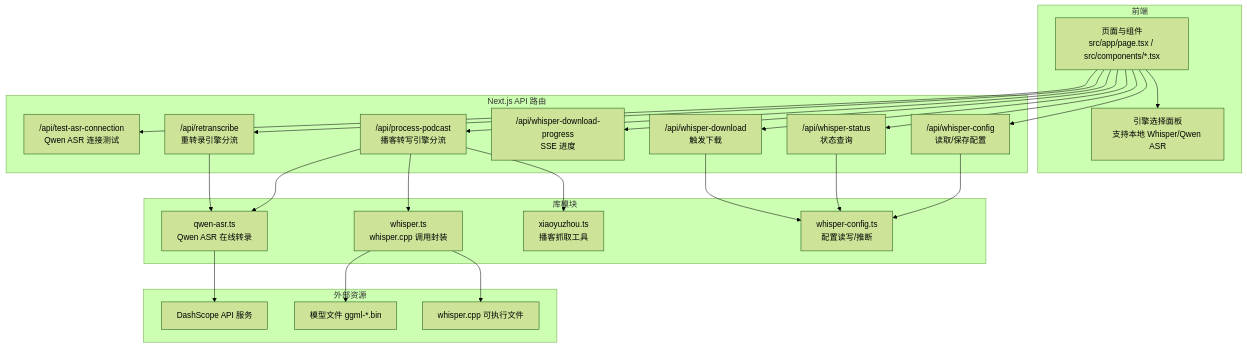
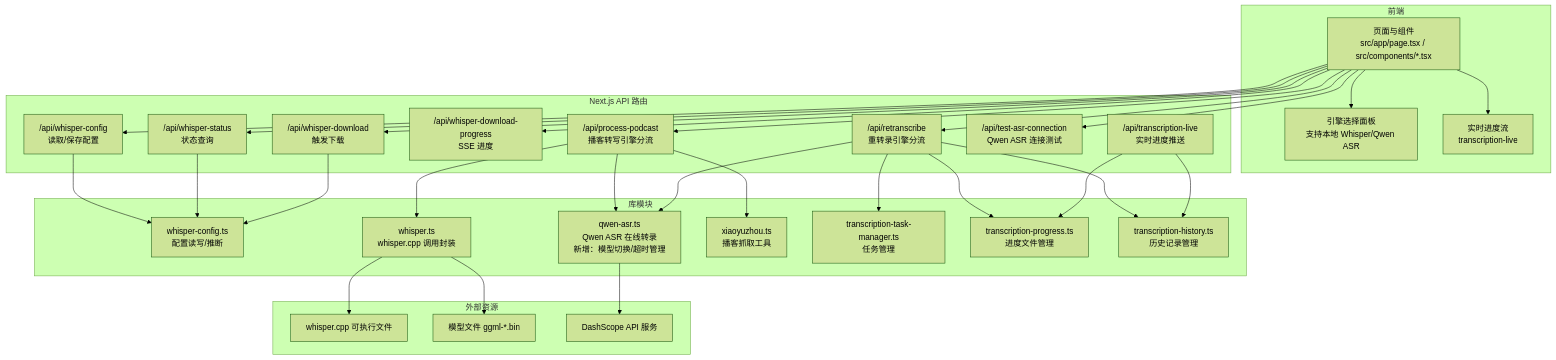
One commit to clawbotai/memo-flow changed the first of 12 diagrams in .qoder/repowiki/zh/content/核心功能模块/语音识别引擎.md. Above: the diagram before and after it, drawn with Mermaid (forest theme). The commit also changed other lines of this file and 18 other files, not shown here.

````diff
--- a/.qoder/repowiki/zh/content/核心功能模块/语音识别引擎.md
+++ b/.qoder/repowiki/zh/content/核心功能模块/语音识别引擎.md
@@ -46,45 +63,56 @@
 ```mermaid
 graph TB
 subgraph "前端"
 UI["页面与组件<br/>src/app/page.tsx / src/components/*.tsx"]
 ENDP["引擎选择面板<br/>支持本地 Whisper/Qwen ASR"]
+LIVE["实时进度流<br/>transcription-live"]
 end
 subgraph "Next.js API 路由"
 CFG["/api/whisper-config<br/>读取/保存配置"]
 STAT["/api/whisper-status<br/>状态查询"]
 DL["/api/whisper-download<br/>触发下载"]
 PROG["/api/whisper-download-progress<br/>SSE 进度"]
 POD["/api/process-podcast<br/>播客转写引擎分流"]
 RET["/api/retranscribe<br/>重转录引擎分流"]
 TEST["/api/test-asr-connection<br/>Qwen ASR 连接测试"]
+LIVEAPI["/api/transcription-live<br/>实时进度推送"]
 end
 subgraph "库模块"
 WCONF["whisper-config.ts<br/>配置读写/推断"]
 WTS["whisper.ts<br/>whisper.cpp 调用封装"]
-QASR["qwen-asr.ts<br/>Qwen ASR 在线转录"]
+QASR["qwen-asr.ts<br/>Qwen ASR 在线转录<br/>新增：模型切换/超时管理"]
 XYZ["xiaoyuzhou.ts<br/>播客抓取工具"]
+TTM["transcription-task-manager.ts<br/>任务管理"]
+TPROG["transcription-progress.ts<br/>进度文件管理"]
+THIST["transcription-history.ts<br/>历史记录管理"]
 end
 subgraph "外部资源"
 WCPP["whisper.cpp 可执行文件"]
 MODEL["模型文件 ggml-*.bin"]
 DASHSCOPE["DashScope API 服务"]
 end
 UI --> ENDP
+UI --> LIVE
 UI --> CFG
 UI --> STAT
 UI --> DL
 UI --> PROG
 UI --> POD
 UI --> RET
 UI --> TEST
 CFG --> WCONF
 STAT --> WCONF
 DL --> WCONF
 POD --> XYZ
 POD --> WTS
 POD --> QASR
 RET --> QASR
+RET --> TTM
+RET --> TPROG
+RET --> THIST
+LIVEAPI --> TPROG
+LIVEAPI --> THIST
 WTS --> WCPP
 WTS --> MODEL
 QASR --> DASHSCOPE
 ```
````
